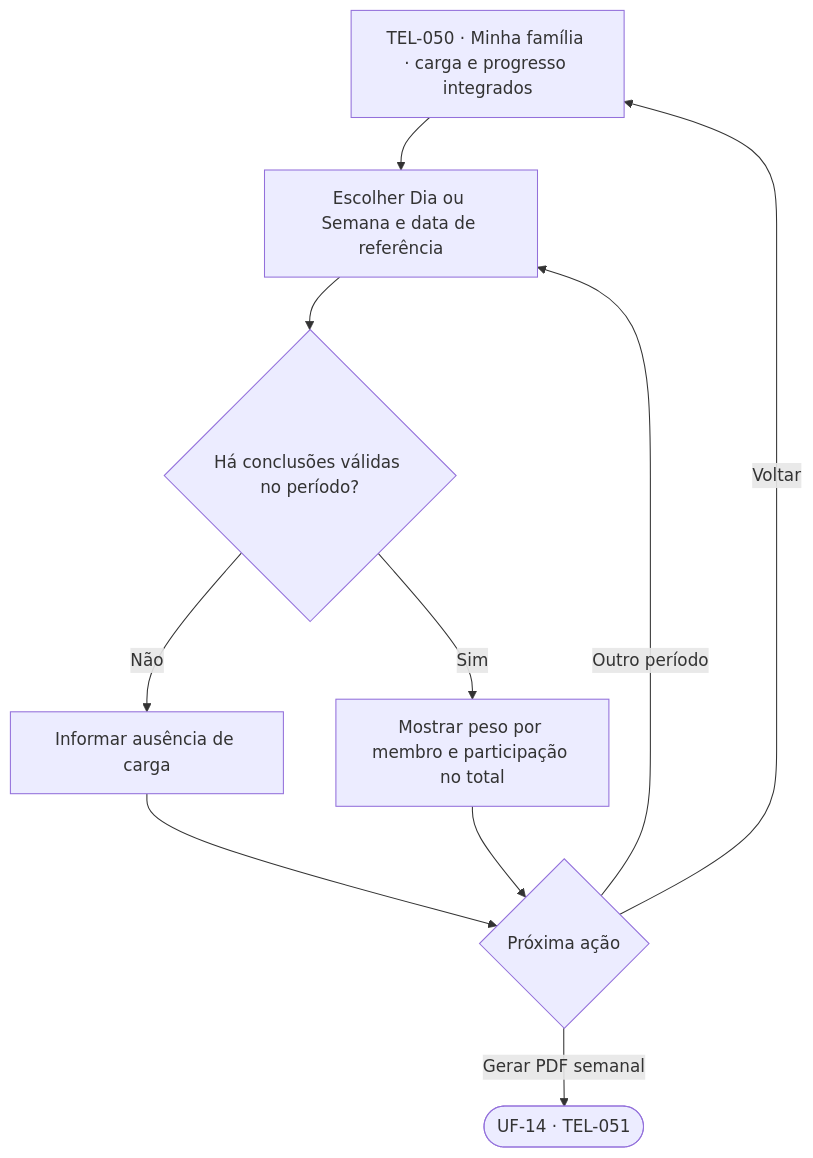
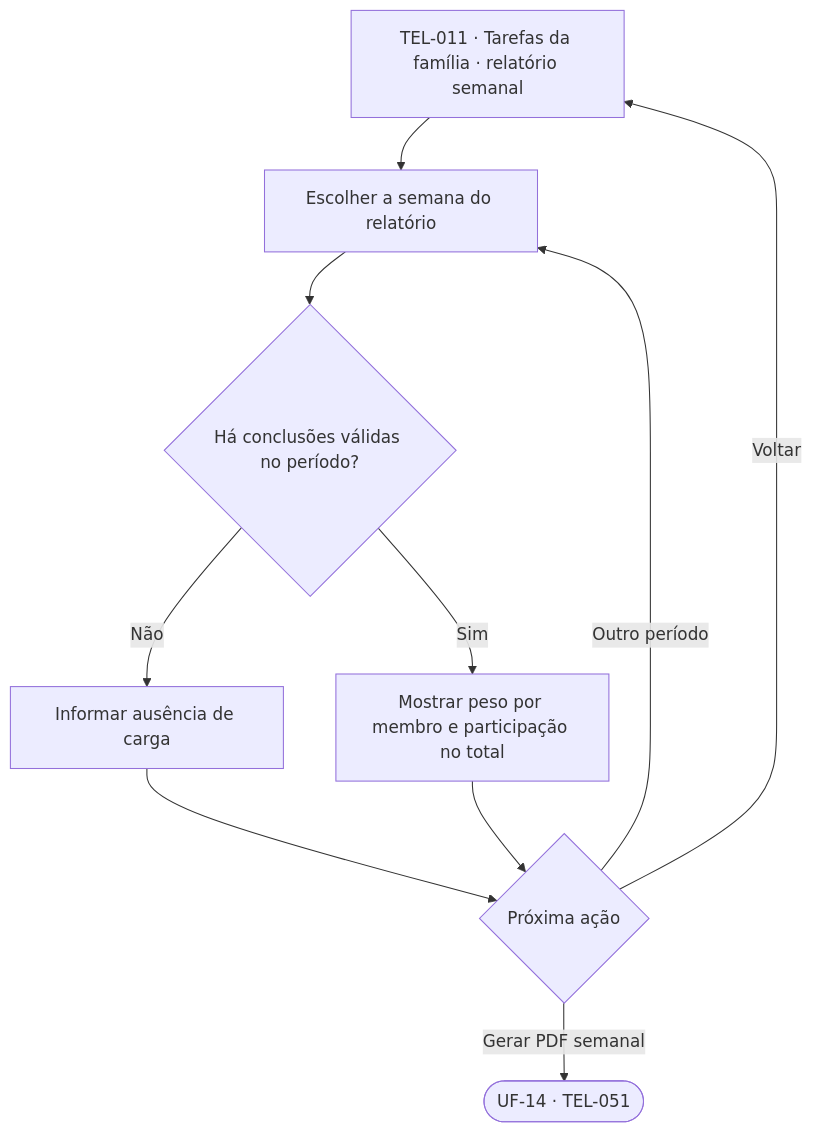
Before and after one commit to lizandramalta/App-Rotina-Familiar: the ninth of 16 diagrams in docs/design/user-flows.md, drawn with Mermaid. The commit also changed other lines of this file and 94 other files, not shown here.

````diff
--- a/docs/design/user-flows.md
+++ b/docs/design/user-flows.md
@@ -365,12 +366,12 @@
 ```mermaid
 flowchart TD
-    A["TEL-050 · Minha família · carga e progresso integrados"] --> C["Escolher Dia ou Semana e data de referência"]
+    A["TEL-011 · Tarefas da família · relatório semanal"] --> C["Escolher a semana do relatório"]
     C --> D{"Há conclusões válidas no período?"}
     D -->|Não| E["Informar ausência de carga"]
     D -->|Sim| F["Mostrar peso por membro e participação no total"]
     E --> G{"Próxima ação"}
     F --> G
     G -->|Outro período| C
     G -->|Gerar PDF semanal| H(["UF-14 · TEL-051"])
     G -->|Voltar| A
 ```
````
